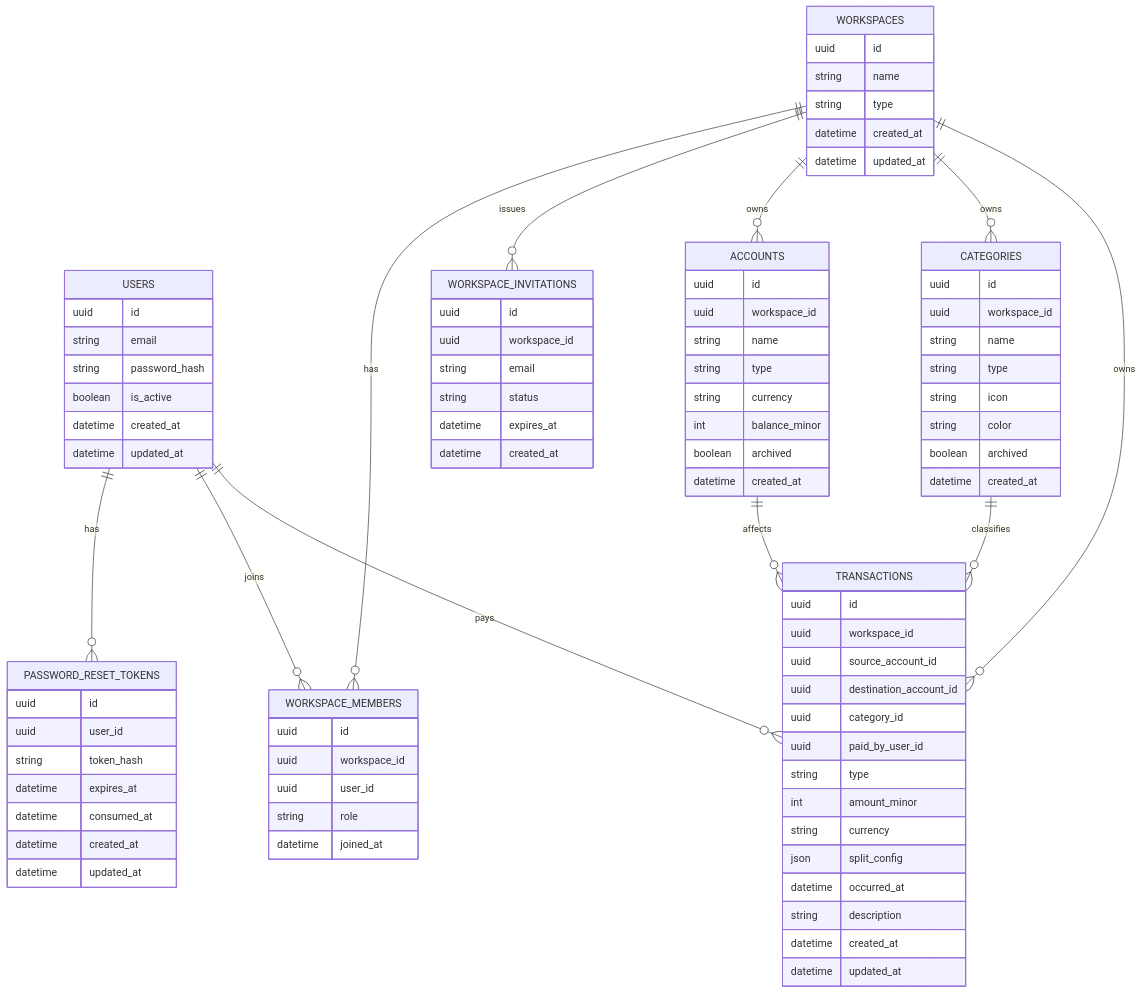
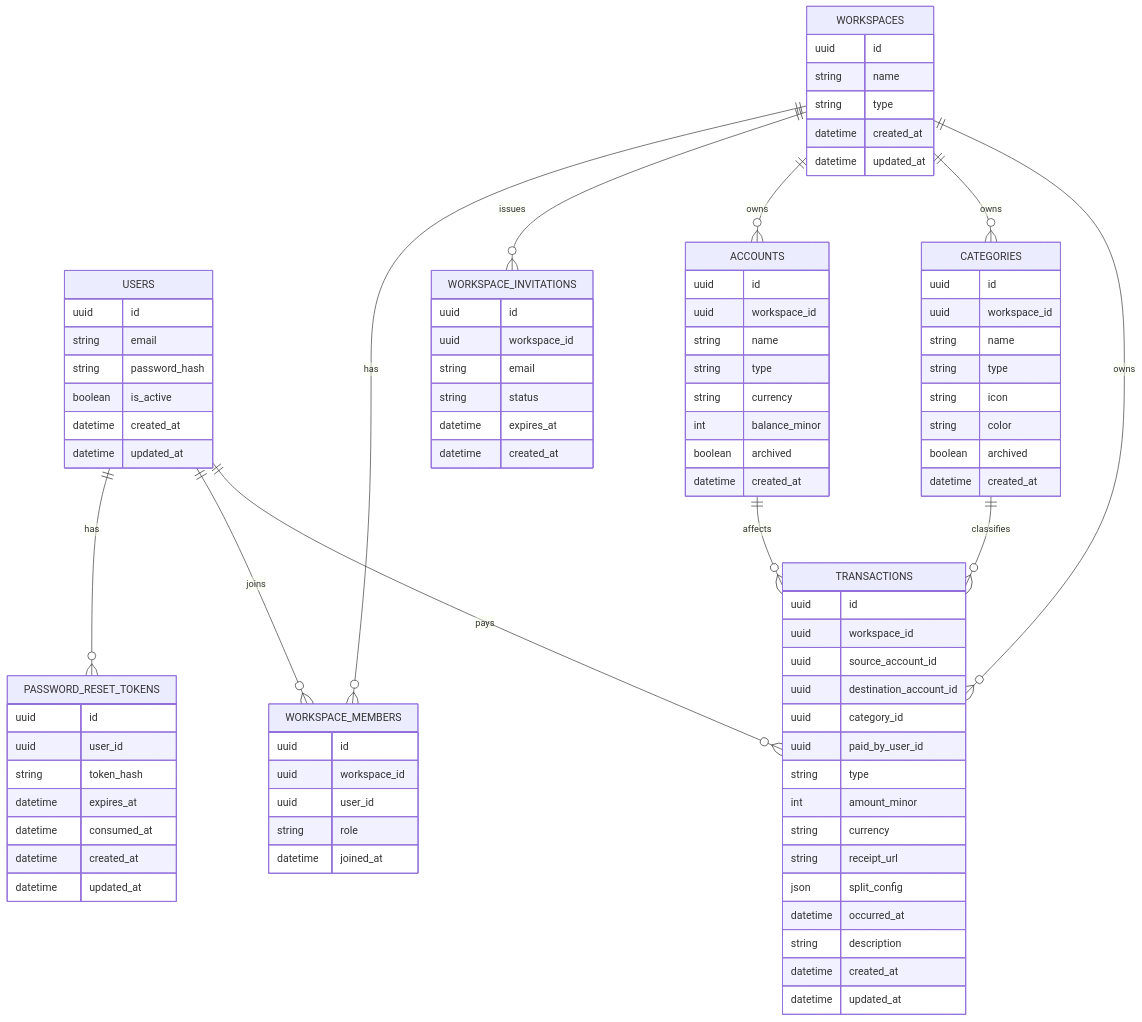
One commit to creep1ng/shared-expenses-tracking changed the diagram in docs/architecture/data-model.md. Above: the diagram before and after it, drawn with Mermaid. The commit also changed other lines of this file and 33 other files, not shown here.

```diff
--- a/docs/architecture/data-model.md
+++ b/docs/architecture/data-model.md
@@ -204,6 +207,7 @@
         string type
         int amount_minor
         string currency
+        string receipt_url
         json split_config
         datetime occurred_at
         string description
```
